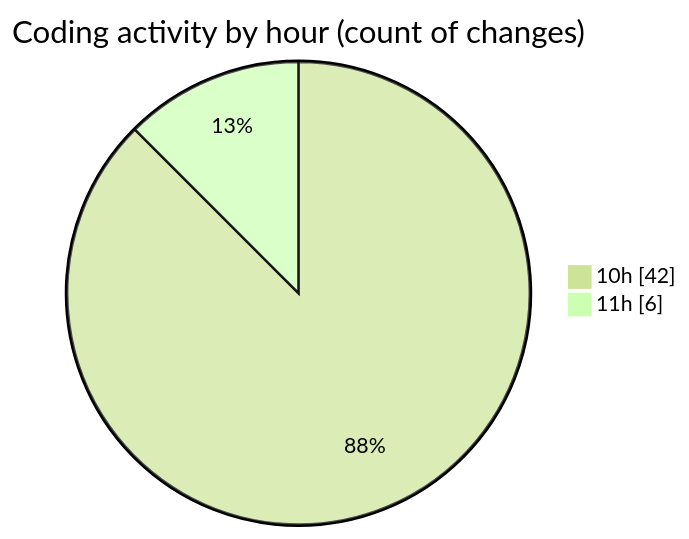
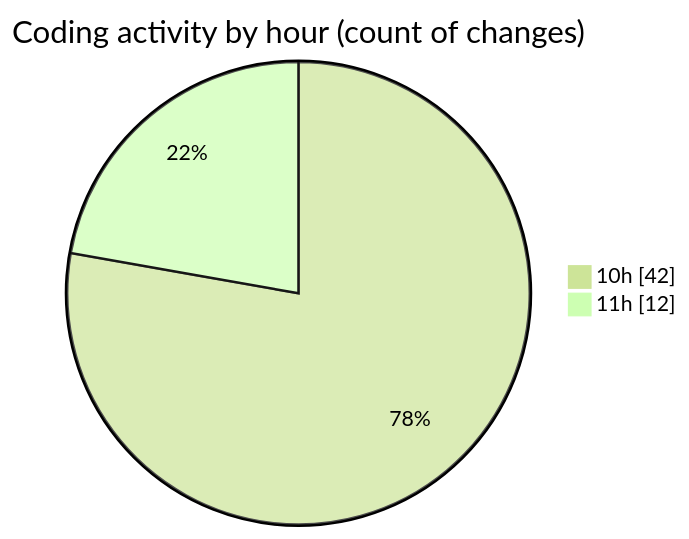
One commit to Ritupan-Deka/code-tracking changed the second of 2 diagrams in 2025-07-04/urlwebwala_intership_work/README.md. Above: the diagram before and after it, drawn with Mermaid (forest theme). The commit also changed other lines of this file and 1 other file, not shown here.

````diff
--- a/2025-07-04/urlwebwala_intership_work/README.md
+++ b/2025-07-04/urlwebwala_intership_work/README.md
@@ -30,6 +30,6 @@
 ```mermaid
 pie showData
 title Coding activity by hour (count of changes)
 "10h" : 42
-"11h" : 6
+"11h" : 12
 ```
````
